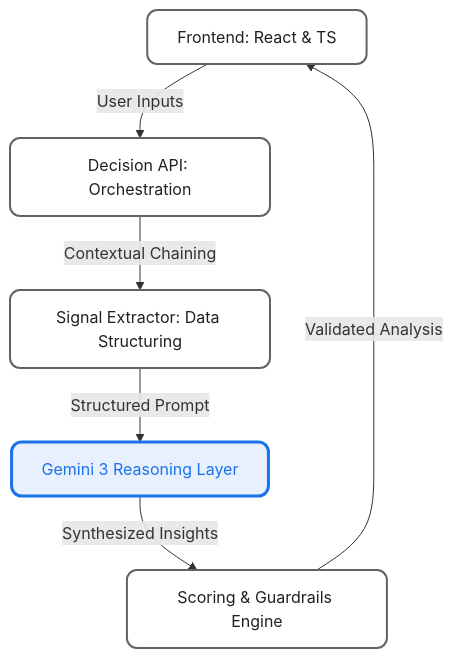
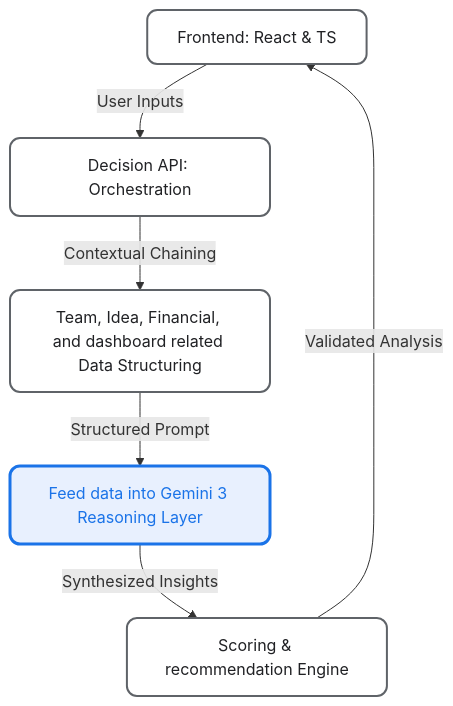
The diagram in README.md (indra094/FoundryWithoutBackend), drawn with Mermaid before and after one commit.

````diff
--- a/README.md
+++ b/README.md
@@ -26,23 +26,23 @@
 ```mermaid
 graph TD
     %% Nodes
     A[Frontend: React & TS]
     B[Decision API: Orchestration]
-    C[Signal Extractor: Data Structuring]
-    D[Gemini 3 Reasoning Layer]
-    E[Scoring & Guardrails Engine]
+    C[Team, Idea, Financial, and dashboard related Data Structuring]
+    D[Feed data into Gemini 3 Reasoning Layer]
+    E[Scoring & recommendation Engine]
 
     %% Connections
     A -->|User Inputs| B
     B -->|Contextual Chaining| C
     C -->|Structured Prompt| D
     D -->|Synthesized Insights| E
     E -->|Validated Analysis| A
 
     %% Styling
     classDef box fill:#ffffff,stroke:#5f6368,stroke-width:2px,color:#202124,rx:10,ry:10;
     classDef gemini fill:#e8f0fe,stroke:#1a73e8,stroke-width:3px,color:#1a73e8,rx:10,ry:10;
 
     class A,B,C,E box;
     class D gemini;
 ```
````
